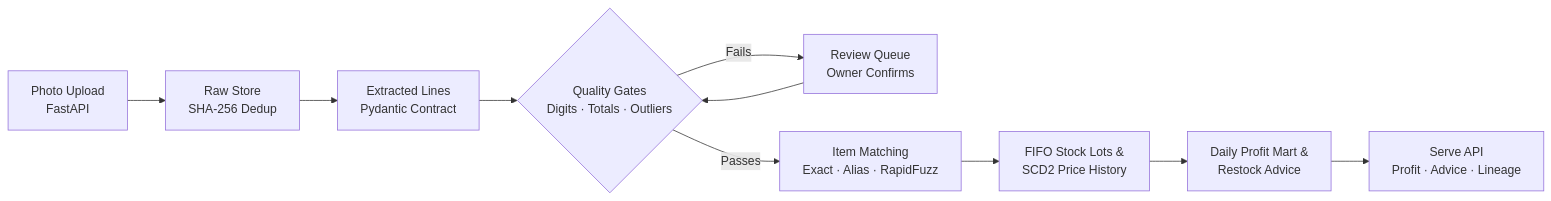
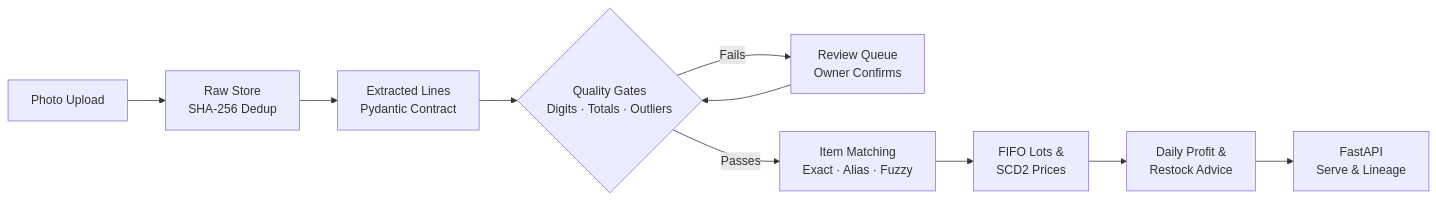
The diagram in README.md (Nish232003/Gullak), drawn with Mermaid before and after one commit. The commit also changed other lines of this file, not shown here.

````diff
--- a/README.md
+++ b/README.md
@@ -26,12 +25,12 @@
 ```mermaid
 flowchart LR
-    A[Photo Upload<br/>FastAPI] --> B[Raw Store<br/>SHA-256 Dedup]
+    A[Photo Upload] --> B[Raw Store<br/>SHA-256 Dedup]
     B --> C[Extracted Lines<br/>Pydantic Contract]
     C --> D{Quality Gates<br/>Digits · Totals · Outliers}
     D -- Fails --> E[Review Queue<br/>Owner Confirms]
     E --> D
-    D -- Passes --> F[Item Matching<br/>Exact · Alias · RapidFuzz]
-    F --> G[FIFO Stock Lots &<br/>SCD2 Price History]
-    G --> H[Daily Profit Mart &<br/>Restock Advice]
-    H --> I[Serve API<br/>Profit · Advice · Lineage]
+    D -- Passes --> F[Item Matching<br/>Exact · Alias · Fuzzy]
+    F --> G[FIFO Lots &<br/>SCD2 Prices]
+    G --> H[Daily Profit &<br/>Restock Advice]
+    H --> I[FastAPI<br/>Serve & Lineage]
 ```
````
